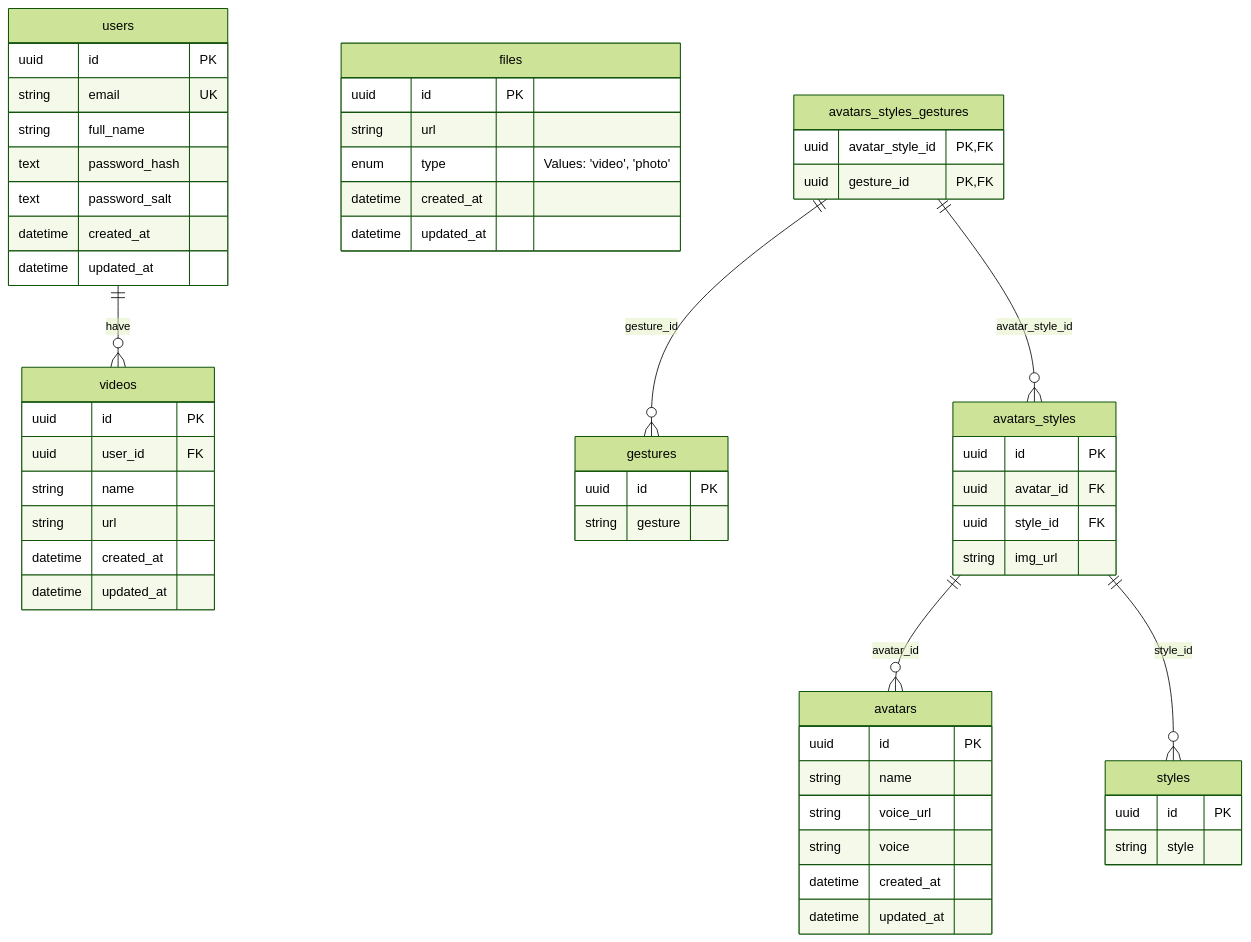
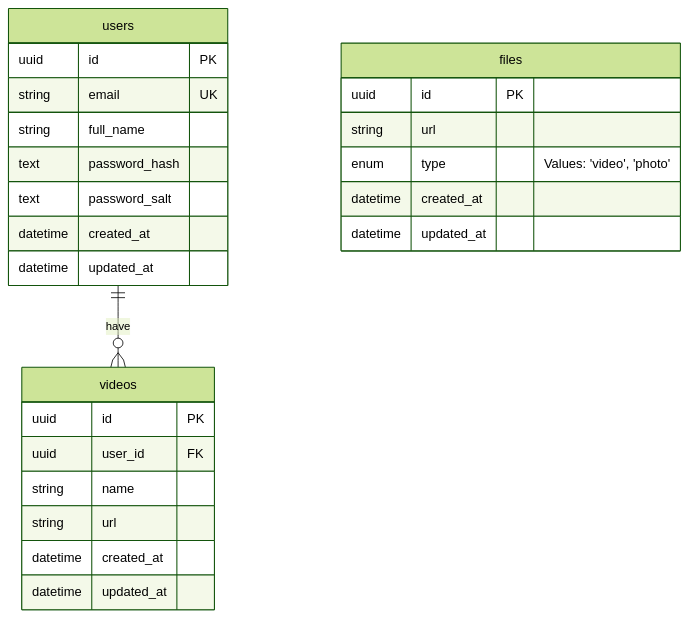
Before and after one commit to BinaryStudioAcademy/bsa-2024-outreachvids: the diagram in README.md, drawn with Mermaid (forest theme).

Commit message:
OV-105: - avatars er diagram

````diff
--- a/README.md
+++ b/README.md
@@ -28,58 +28,28 @@
 ```mermaid
 erDiagram
     users {
         uuid id PK
         string email UK
         string full_name
         text password_hash
         text password_salt
         datetime created_at
         datetime updated_at
     }
     videos {
         uuid id PK
         uuid user_id FK
         string name
         string url
         datetime created_at
         datetime updated_at
     }
     files {
         uuid id PK
         string url
         enum type "Values: 'video', 'photo'"
         datetime created_at
         datetime updated_at
     }
-    avatars {
-        uuid id PK
-        string name
-        string voice_url
-        string voice
-        datetime created_at
-        datetime updated_at
-    }
-    styles {
-        uuid id PK
-        string style
-    }
-    gestures {
-        uuid id PK
-        string gesture
-    }
-    avatars_styles {
-        uuid id PK
-        uuid avatar_id FK
-        uuid style_id FK
-        string img_url
-    }
-    avatars_styles_gestures {
-        uuid avatar_style_id PK,FK
-        uuid gesture_id PK,FK
-    }
     users ||--o{ videos : have
-    avatars_styles ||--o{ avatars : "avatar_id"
-    avatars_styles ||--o{ styles : "style_id"
-    avatars_styles_gestures ||--o{ avatars_styles : "avatar_style_id"
-    avatars_styles_gestures ||--o{ gestures : "gesture_id"
 ```
````
